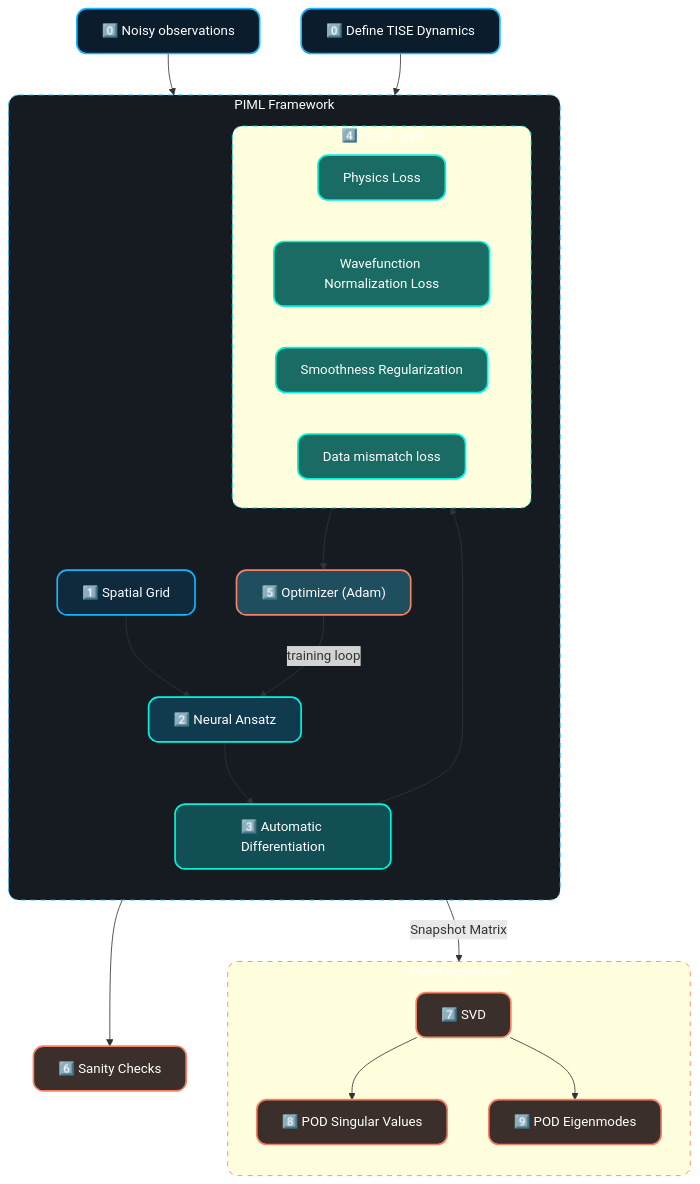
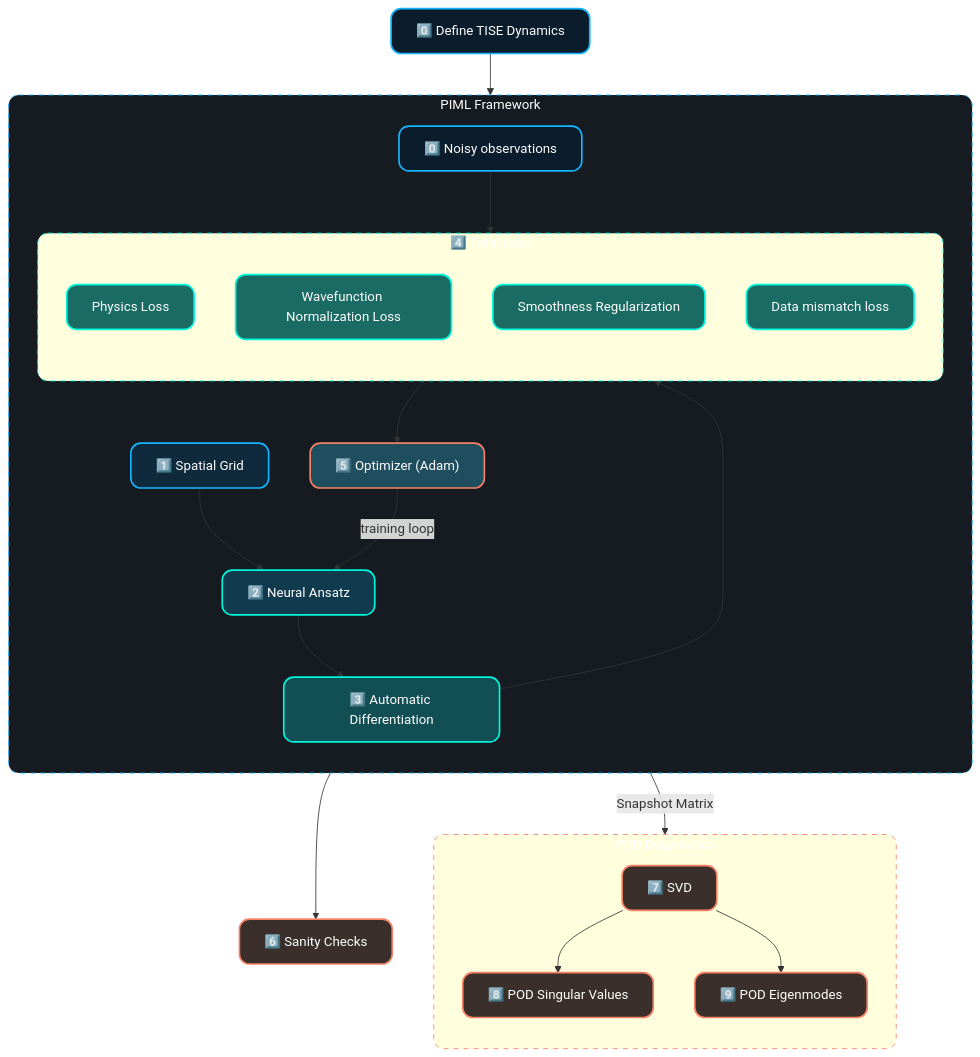
One commit to Scriber-Labs/lf-pinn-inverse-schrodinger changed the diagram in README.md. Above: the diagram before and after it, drawn with Mermaid.

Commit message:
Updated README.md with mermaid diagram of PIML architecture and a table providing a mathematical mapping for each component. Also updated the loss terms table, but it still isn't complete.

````diff
--- a/README.md
+++ b/README.md
@@ -89,6 +89,7 @@
     %%--------------------------------------------------------------
     %%  MAIN PIPELINE SUBGRAPH WITH HEADER
     %%--------------------------------------------------------------
+    obs["0️⃣ Noisy observations"]:::stage0
     subgraph PIML["PIML Framework"]
         direction TB
         B["1️⃣ Spatial Grid"]:::stage1
@@ -96,8 +97,9 @@
         D["3️⃣ Automatic Differentiation"]:::stage3
         F["5️⃣ Optimizer (Adam)"]:::stage5
         
+        
         subgraph loss["4️⃣ Total Loss"]
-            direction LR
+            direction TB
             physics["Physics Loss"]:::stage4
             norm["Wavefunction Normalization Loss"]:::stage4
             smooth["Smoothness Regularization"]:::stage4
@@ -107,6 +109,7 @@
         B --> C
         C --> D
         D --> loss:::Total_loss
+        obs --> data
         loss --> F
         F -- training loop --> C
     end
@@ -115,7 +118,6 @@
     %%  CONTEXT & DIAGNOSTICS
     %%--------------------------------------------------------------
     A["0️⃣ Define TISE Dynamics"]:::stage0
-    obs["0️⃣ Noisy observations"]:::stage0
     H["6️⃣ Sanity Checks"]:::stage6
     
     subgraph POD["POD Diagnostics"]
@@ -129,7 +131,6 @@
     end
     
     A --> PIML:::PIML_framework
-    obs --> data
     PIML --> H
     PIML -- Snapshot Matrix --> POD:::POD_diagnostics
 ```
````
